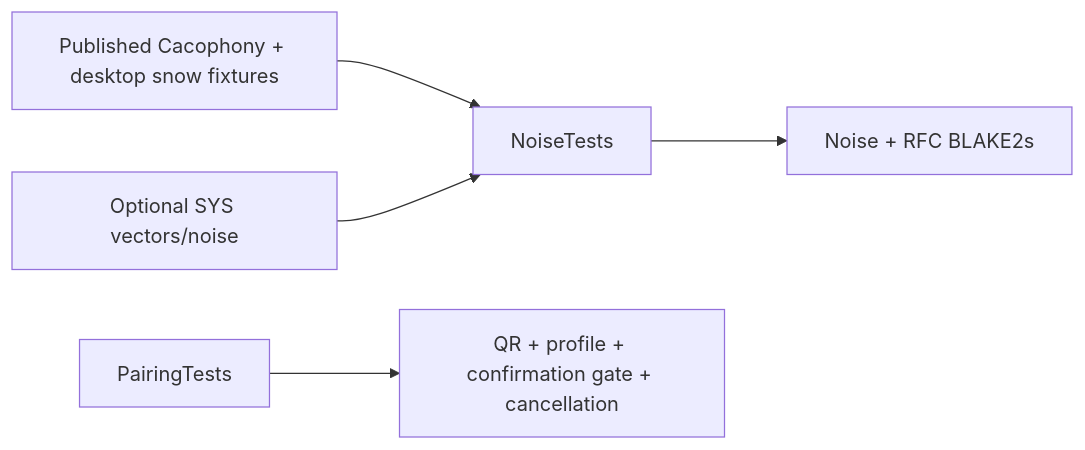
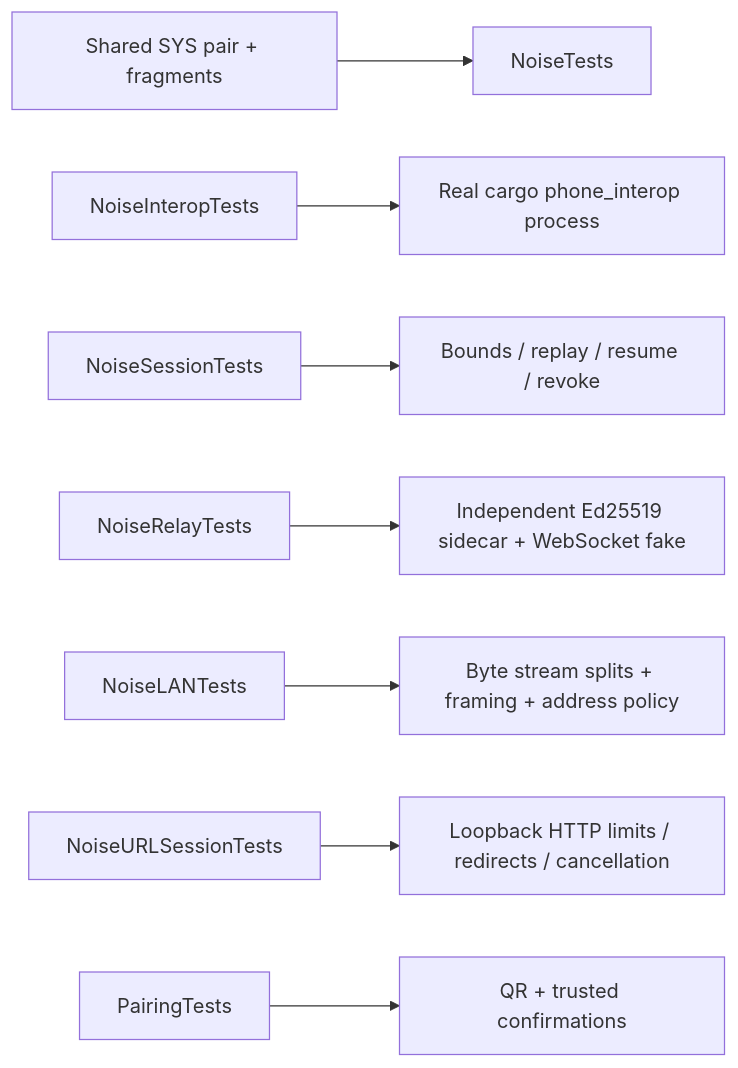
The diagram in SW/ios/Packages/Pairing/Tests/README.md (Harwasch/voiceremote), drawn with Mermaid before and after one commit. The commit also changed other lines of this file and 50 other files, not shown here.

Commit message:
SW: iPhone session layer, relay client and end-to-end test

````diff
--- a/SW/ios/Packages/Pairing/Tests/README.md
+++ b/SW/ios/Packages/Pairing/Tests/README.md
@@ -1,7 +1,10 @@
 ```mermaid
 flowchart LR
-  Cacophony[Published Cacophony + desktop snow fixtures] --> NoiseTests
-  Shared[Optional SYS vectors/noise] --> NoiseTests
-  NoiseTests --> Crypto[Noise + RFC BLAKE2s]
-  PairingTests --> QR[QR + profile + confirmation gate + cancellation]
+  SYS[Shared SYS pair + fragments] --> NoiseTests
+  NoiseInteropTests --> Rust[Real cargo phone_interop process]
+  NoiseSessionTests --> Fragments[Bounds / replay / resume / revoke]
+  NoiseRelayTests --> Fake[Independent Ed25519 sidecar + WebSocket fake]
+  NoiseLANTests --> TCP[Byte stream splits + framing + address policy]
+  NoiseURLSessionTests --> HTTP[Loopback HTTP limits / redirects / cancellation]
+  PairingTests --> Gate[QR + trusted confirmations]
 ```
````
